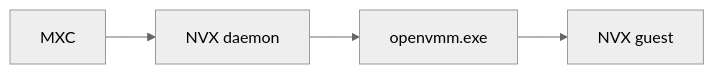
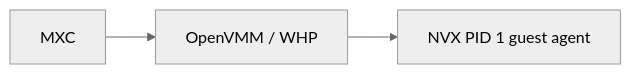
One commit to microsoft/mxc changed the diagram in docs/nvx-backend-gaps.md. Above: the diagram before and after it, drawn with Mermaid (neutral theme). The commit also changed other lines of this file, not shown here.

Commit message:
docs: update NVX backend policy results

````diff
--- a/docs/nvx-backend-gaps.md
+++ b/docs/nvx-backend-gaps.md
@@ -9,6 +14,5 @@
 ```mermaid
 flowchart LR
-    MXC[MXC] --> Daemon[NVX daemon]
-    Daemon --> OpenVMM[openvmm.exe]
-    OpenVMM --> Guest[NVX guest]
+    MXC[MXC] --> OpenVMM[OpenVMM / WHP]
+    OpenVMM --> Agent[NVX PID 1 guest agent]
 ```
````
